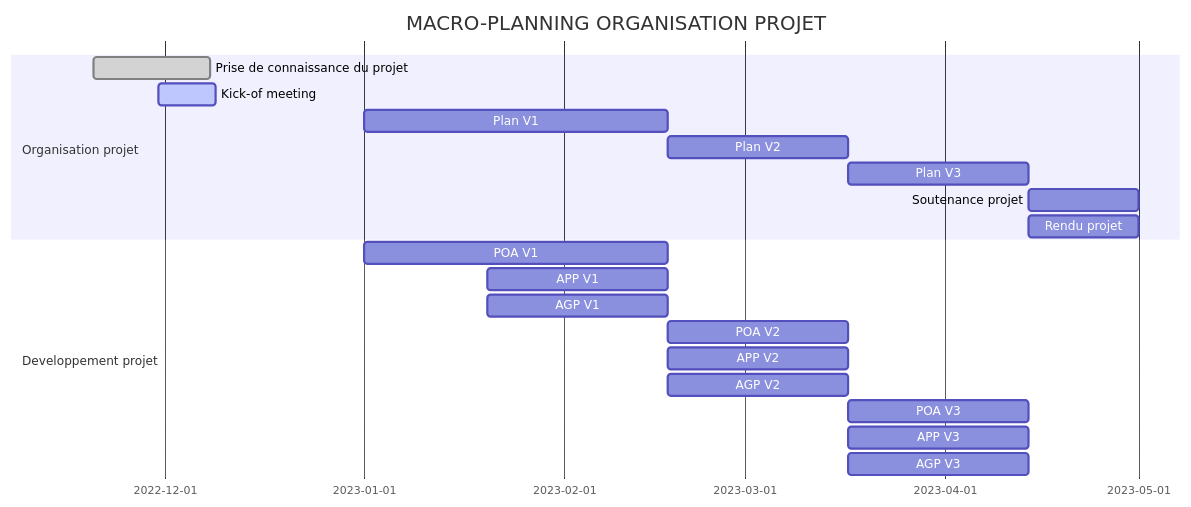
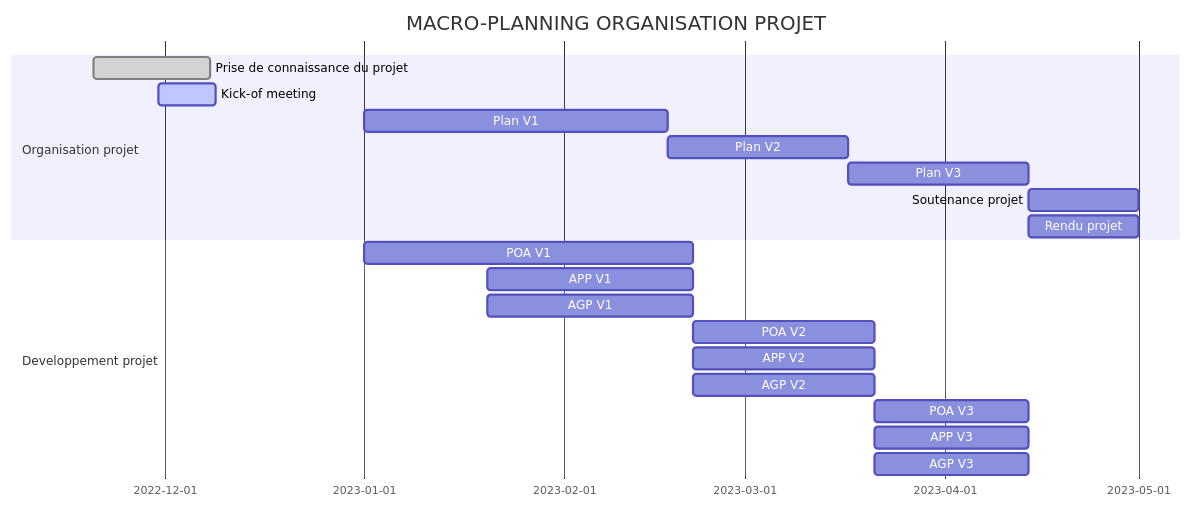
The diagram in README.md (Gowthraven/Projet-Backlog), drawn with Mermaid before and after one commit. The commit also changed other lines of this file, not shown here.

````diff
--- a/README.md
+++ b/README.md
@@ -93,25 +163,30 @@
 ```mermaid
 gantt
-dateFormat  YYYY-MM-DD
+dateFormat YYYY-MM-DD
 title MACRO-PLANNING ORGANISATION PROJET
 
+  
+
 section Organisation projet
-Prise de connaissance du projet            :done,    des1, 2022-11-20,18d
-Kick-of meeting               :active,  des2, 2022-11-30,9d
-Plan V1               	:         des3, 2023-01-01,2023-02-17
-Plan V2                :        des4, 2023-02-17,2023-03-17
-Plan V3                 :        des5, 2023-03-17,2023-04-14
-Soutenance projet                :        after des5,2023-05-01
-Rendu projet                :        after des5,2023-05-01
+Prise de connaissance du projet :done, des1, 2022-11-20,18d
+Kick-of meeting :active, des2, 2022-11-30,9d
+Plan V1 : des3, 2023-01-01,2023-02-17
+Plan V2 : des4, 2023-02-17,2023-03-17
+Plan V3 : des5, 2023-03-17,2023-04-14
+Soutenance projet : after des5,2023-05-01
+Rendu projet : after des5,2023-05-01
+
+  
 
 section Developpement projet
-POA V1               :2023-01-01,2023-02-17
-APP V1     :2023-01-20,2023-02-17
-AGP V1   :2023-01-20,2023-02-17
-POA V2               :2023-02-17,2023-03-17
-APP V2     :2023-02-17,2023-03-17
-AGP V2   :2023-02-17,2023-03-17
-POA V3               :2023-03-17,2023-04-14
-APP V3     :2023-03-17,2023-04-14
-AGP V3   :2023-03-17,2023-04-14
+POA V1 :2023-01-01,2023-02-21
+APP V1 :2023-01-20,2023-02-21
+AGP V1 :2023-01-20,2023-02-21
+POA V2 :2023-02-21,2023-03-21
+APP V2 :2023-02-21,2023-03-21
+AGP V2 :2023-02-21,2023-03-21
+POA V3 :2023-03-21,2023-04-14
+APP V3 :2023-03-21,2023-04-14
+AGP V3 :2023-03-21,2023-04-14
+
 ```
````
